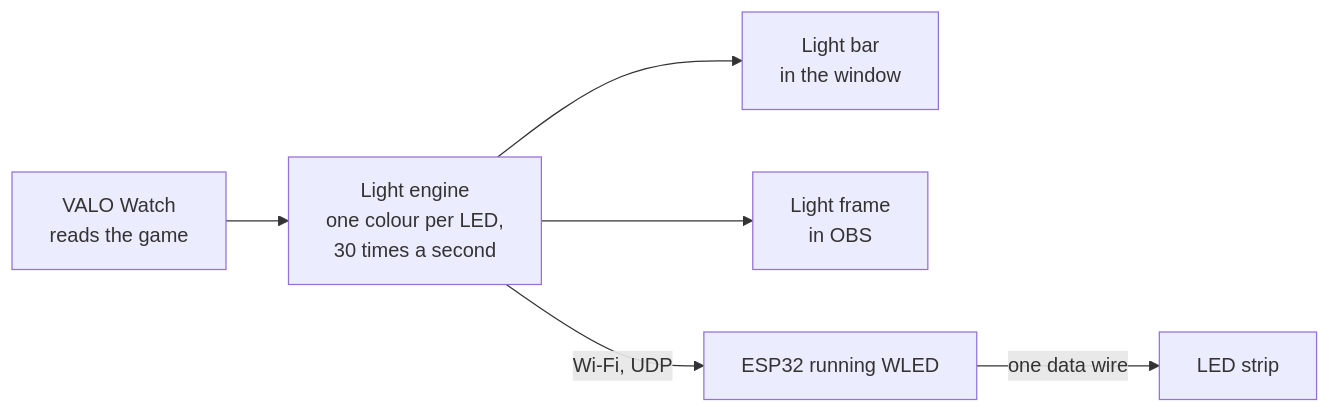
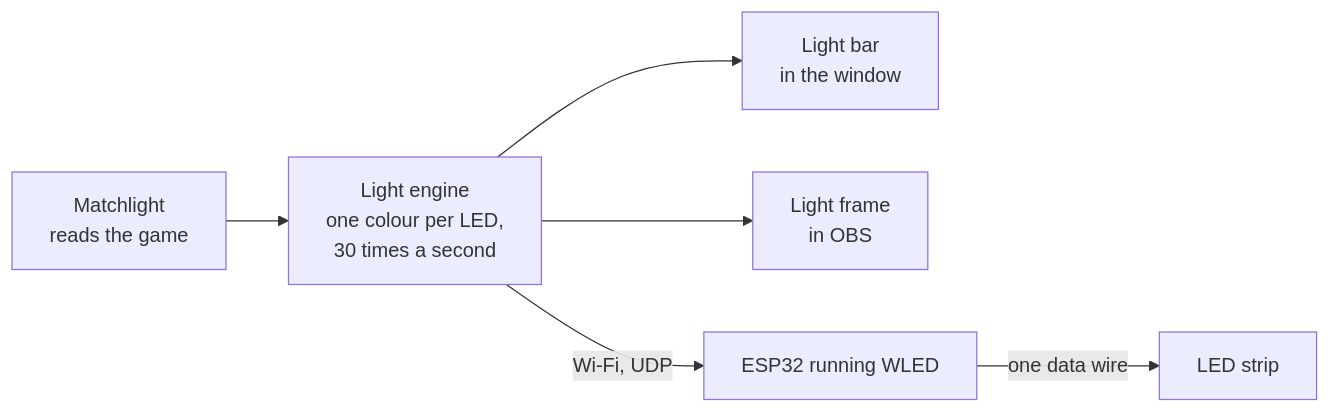
The diagram in LED-STRIPS.md (esistfarouk/matchlight-releases), drawn with Mermaid before and after one commit. The commit also changed other lines of this file and 13 other files, not shown here.

````diff
--- a/LED-STRIPS.md
+++ b/LED-STRIPS.md
@@ -9,8 +9,8 @@
 ```mermaid
 flowchart LR
-    A[VALO Watch<br/>reads the game] --> B[Light engine<br/>one colour per LED,<br/>30 times a second]
+    A[Matchlight<br/>reads the game] --> B[Light engine<br/>one colour per LED,<br/>30 times a second]
     B --> C[Light bar<br/>in the window]
     B --> D[Light frame<br/>in OBS]
     B -- Wi-Fi, UDP --> E[ESP32 running WLED]
     E -- one data wire --> F[LED strip]
 ```
````
